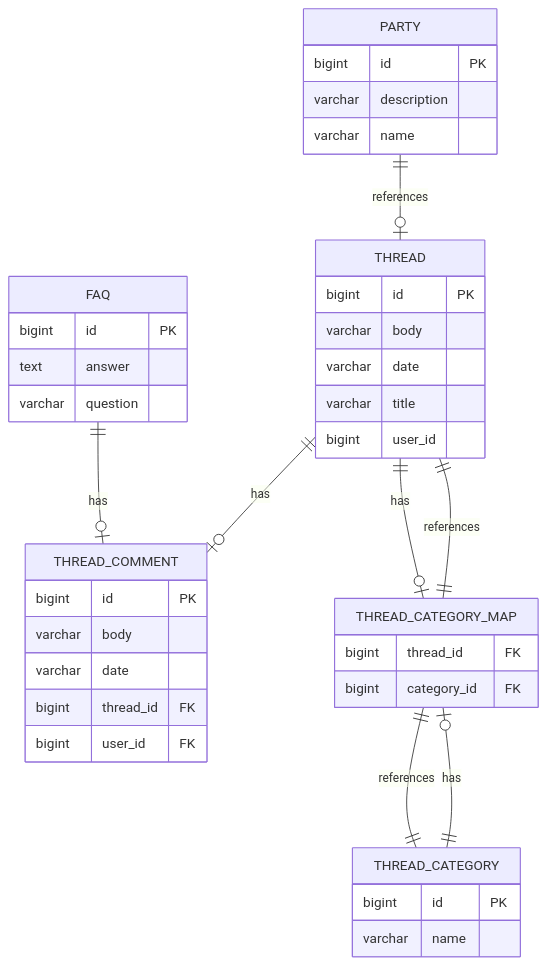
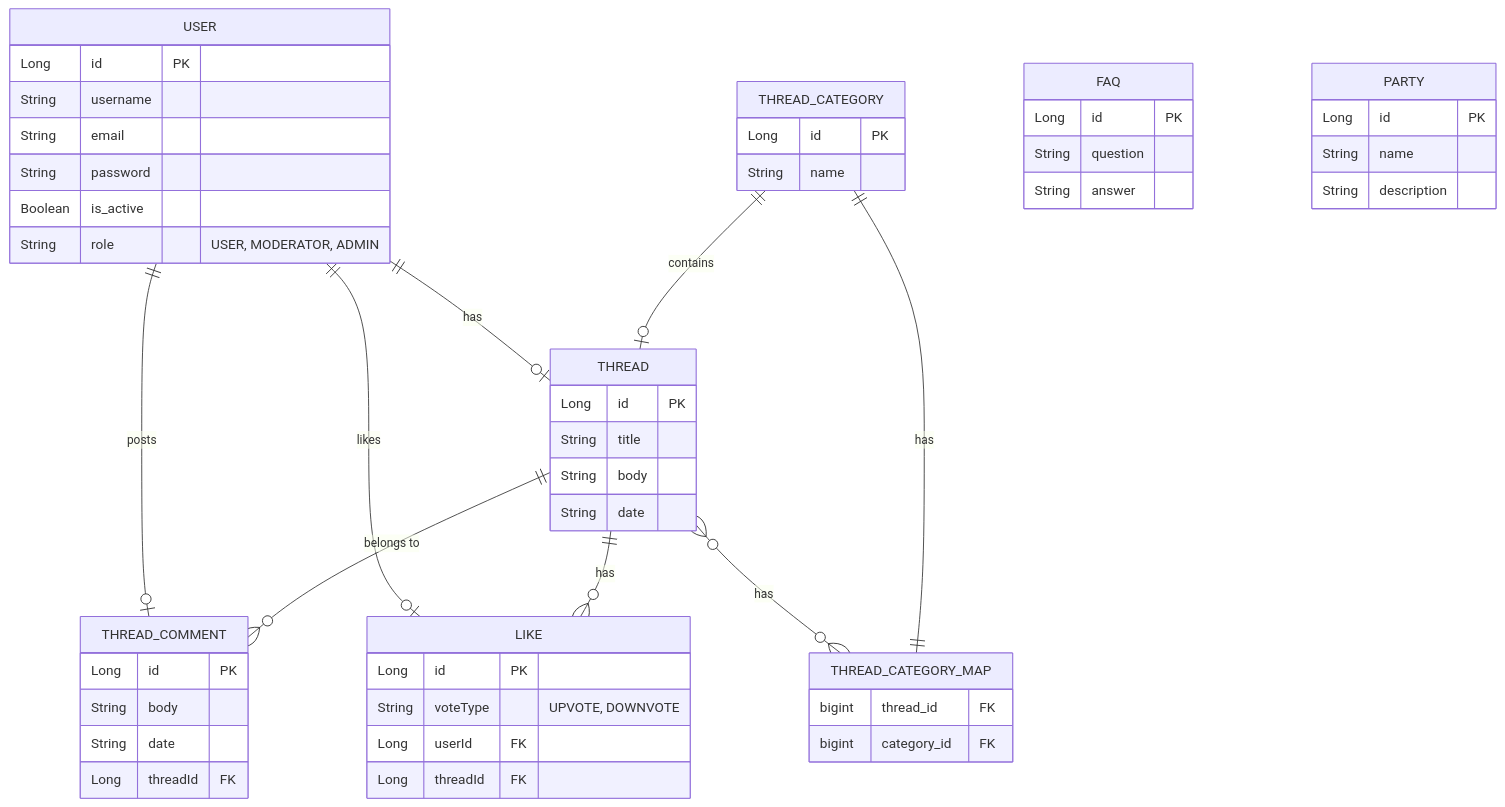
Before and after one commit to AzlaanIrshad/ElectionDB: the diagram in docs/database/database.md, drawn with Mermaid. The commit also changed other lines of this file, not shown here.

````diff
--- a/docs/database/database.md
+++ b/docs/database/database.md
@@ -56,43 +88,56 @@
-```mermaid
-erDiagram
-    FAQ {
-        bigint id PK
-        text answer
-        varchar question
-    }
-    PARTY {
-        bigint id PK
-        varchar description
-        varchar name
-    }
-    THREAD {
-        bigint id PK
-        varchar body
-        varchar date
-        varchar title
-        bigint user_id
-    }
-    THREAD_CATEGORY {
-        bigint id PK
-        varchar name
-    }
-    THREAD_CATEGORY_MAP {
-        bigint thread_id FK
-        bigint category_id FK
-    }
-    THREAD_COMMENT {
-        bigint id PK
-        varchar body
-        varchar date
-        bigint thread_id FK
-        bigint user_id FK
-    }
+```mermaid  
+erDiagram  
+USER {  
+    Long id PK  
+    String username  
+    String email  
+    String password  
+    Boolean is_active  
+    String role "USER, MODERATOR, ADMIN"  
+}  
+THREAD {  
+    Long id PK  
+    String title  
+    String body  
+    String date  
+}  
+THREAD_CATEGORY {  
+    Long id PK  
+    String name  
+}  
+THREAD_COMMENT {  
+    Long id PK  
+    String body  
+    String date  
+    Long threadId FK  
+}  
+FAQ {  
+    Long id PK  
+    String question  
+    String answer  
+}  
+LIKE {  
+    Long id PK  
+    String voteType "UPVOTE, DOWNVOTE"  
+    Long userId FK  
+    Long threadId FK  
+}  
+PARTY {  
+    Long id PK  
+    String name  
+    String description  
+}  
+THREAD_CATEGORY_MAP {  
+    bigint thread_id FK  
+    bigint category_id FK  
+}  
 
-    FAQ ||--o| THREAD_COMMENT : has
-    THREAD ||--o| THREAD_COMMENT : has
-    THREAD ||--o| THREAD_CATEGORY_MAP : has
-    THREAD_CATEGORY ||--o| THREAD_CATEGORY_MAP : has
-    THREAD_CATEGORY_MAP ||--|| THREAD : references
-    THREAD_CATEGORY_MAP ||--|| THREAD_CATEGORY : references
-    PARTY ||--o| THREAD : references
-```
+USER ||--o| THREAD : "has"  
+USER ||--o| THREAD_COMMENT : "posts"  
+USER ||--o| LIKE : "likes"  
+THREAD ||--}o THREAD_COMMENT : "belongs to"  
+THREAD ||--}o LIKE : "has"  
+THREAD_CATEGORY ||--o| THREAD : "contains"  
+THREAD O{--}o THREAD_CATEGORY_MAP : has  
+THREAD_CATEGORY ||--|| THREAD_CATEGORY_MAP : has  
+```  
````
